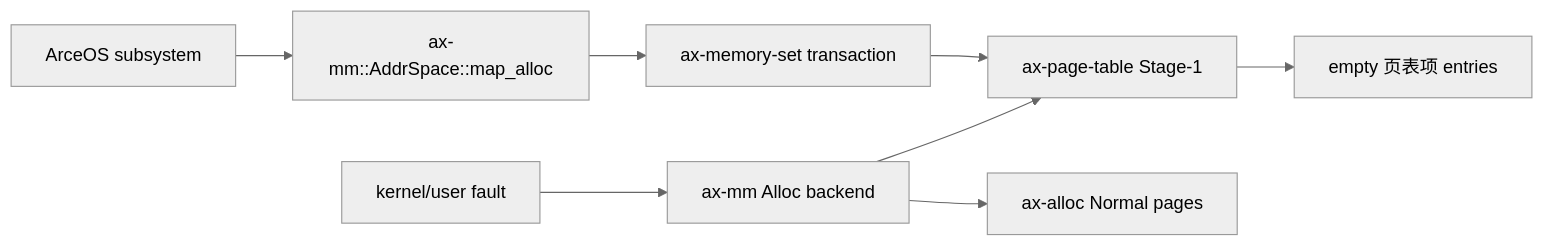
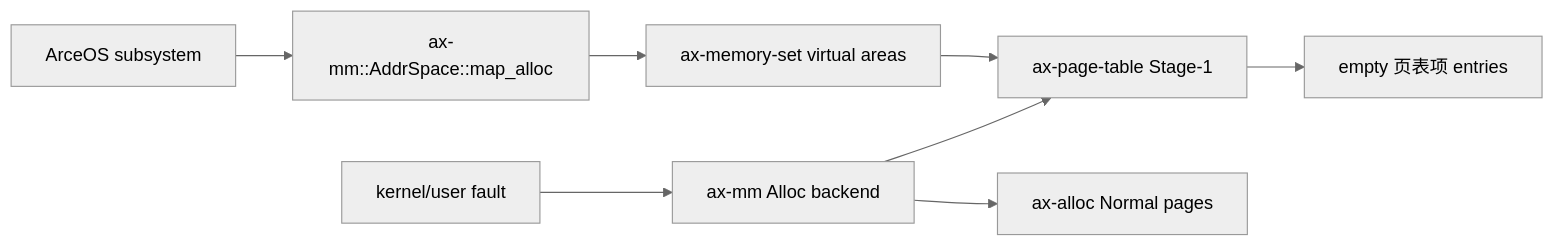
One commit to rcore-os/tgoskits changed the second of 3 diagrams in docs/docs/architecture/memory/integration.md. Above: the diagram before and after it, drawn with Mermaid (neutral theme). The commit also changed other lines of this file and 84 other files, not shown here.

Commit message:
refactor(memory): replace transaction protocol with direct backend operations

````diff
--- a/docs/docs/architecture/memory/integration.md
+++ b/docs/docs/architecture/memory/integration.md
@@ -183,10 +183,10 @@
 ```mermaid
 flowchart LR
     Caller["ArceOS subsystem"] --> Axmm["ax-mm::AddrSpace::map_alloc"]
-    Axmm --> Set["ax-memory-set transaction"]
+    Axmm --> Set["ax-memory-set virtual areas"]
     Set --> PT["ax-page-table Stage-1"]
     PT --> Empty["empty 页表项 entries"]
     Fault["kernel/user fault"] --> Backend["ax-mm Alloc backend"]
     Backend --> Alloc["ax-alloc Normal pages"]
     Backend --> PT
 ```
````
